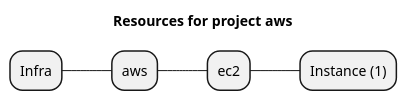
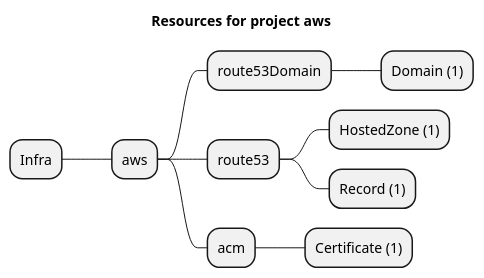
One commit to grucloud/grucloud changed the diagram in packages/providers/aws/artifacts/resources-mindmap.puml. Above: the diagram before and after it, drawn with PlantUML. The commit also changed 197 other files, not shown here.

```diff
--- a/packages/providers/aws/artifacts/resources-mindmap.puml
+++ b/packages/providers/aws/artifacts/resources-mindmap.puml
@@ -1,8 +1,13 @@
 @startmindmap
 title Resources for project aws
 skinparam monochrome true
 + Infra
 ++ aws
-+++ ec2
-++++ Instance (1)
++++ route53Domain
+++++ Domain (1)
++++ route53
+++++ HostedZone (1)
+++++ Record (1)
++++ acm
+++++ Certificate (1)
 @endmindmap
```
